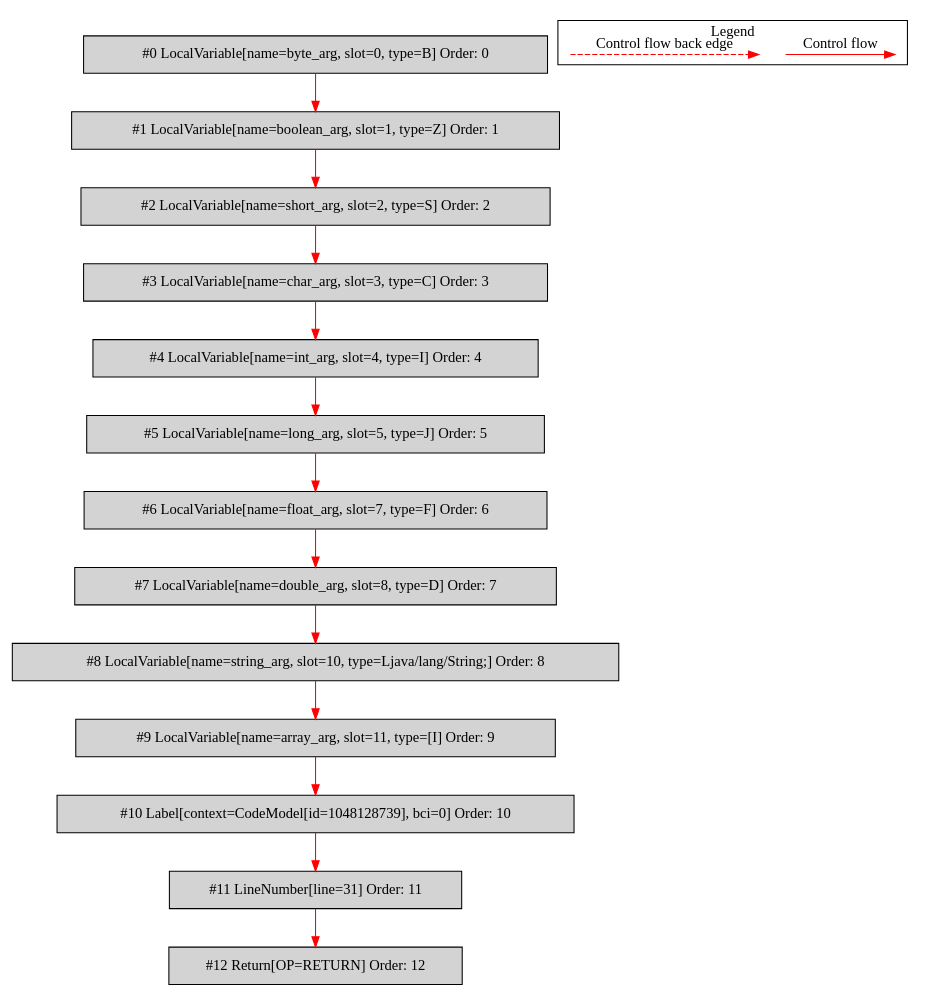
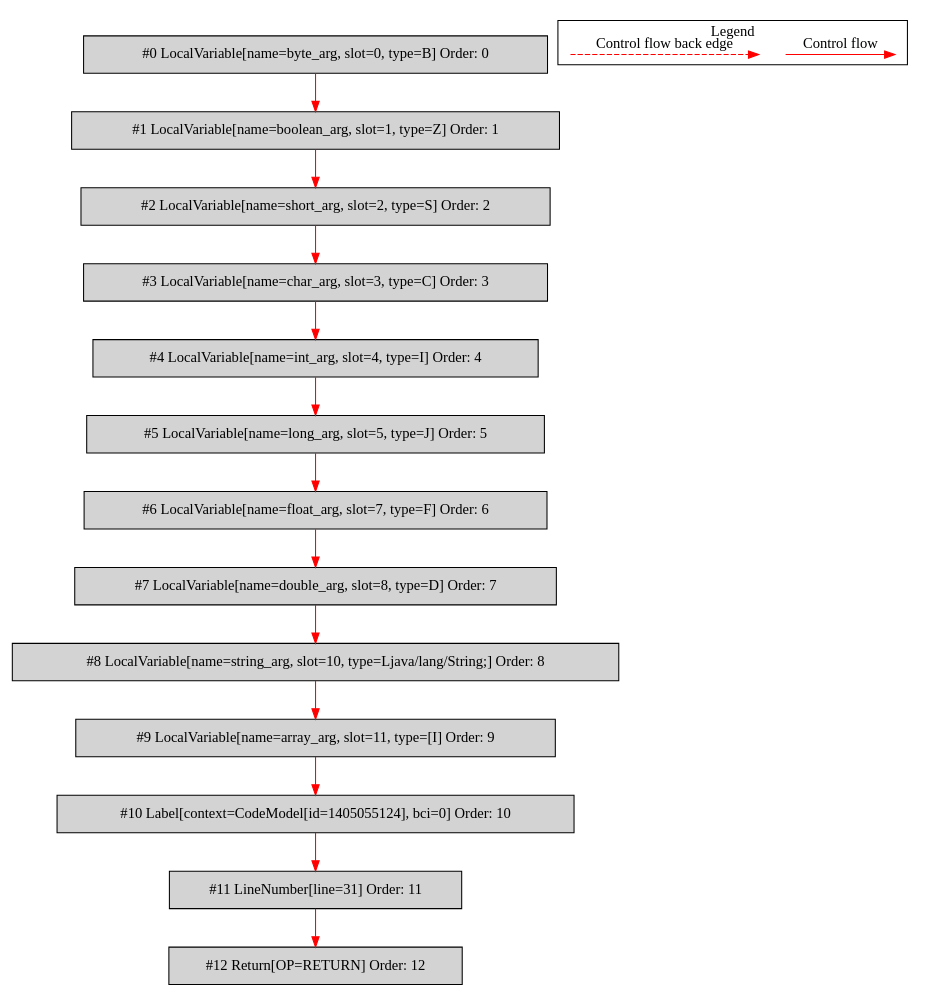
Before and after one commit to mirkosertic/MetaIR: the diagram in de.mirkosertic.metair.ir.examples.MethodInvokeTest/simple_method/bytecodecfg.dot, drawn with Graphviz. The commit also changed 462 other files, not shown here.

```diff
--- a/de.mirkosertic.metair.ir.examples.MethodInvokeTest/simple_method/bytecodecfg.dot
+++ b/de.mirkosertic.metair.ir.examples.MethodInvokeTest/simple_method/bytecodecfg.dot
@@ -1,42 +1,42 @@
 digraph {
  ordering="in";
  node0[label="#0 LocalVariable[name=byte_arg, slot=0, type=B] Order: 0", shape=box, fillcolor=lightgrey, style=filled];
  node1[label="#1 LocalVariable[name=boolean_arg, slot=1, type=Z] Order: 1", shape=box, fillcolor=lightgrey, style=filled];
  node2[label="#2 LocalVariable[name=short_arg, slot=2, type=S] Order: 2", shape=box, fillcolor=lightgrey, style=filled];
  node3[label="#3 LocalVariable[name=char_arg, slot=3, type=C] Order: 3", shape=box, fillcolor=lightgrey, style=filled];
  node4[label="#4 LocalVariable[name=int_arg, slot=4, type=I] Order: 4", shape=box, fillcolor=lightgrey, style=filled];
  node5[label="#5 LocalVariable[name=long_arg, slot=5, type=J] Order: 5", shape=box, fillcolor=lightgrey, style=filled];
  node6[label="#6 LocalVariable[name=float_arg, slot=7, type=F] Order: 6", shape=box, fillcolor=lightgrey, style=filled];
  node7[label="#7 LocalVariable[name=double_arg, slot=8, type=D] Order: 7", shape=box, fillcolor=lightgrey, style=filled];
  node8[label="#8 LocalVariable[name=string_arg, slot=10, type=Ljava/lang/String;] Order: 8", shape=box, fillcolor=lightgrey, style=filled];
  node9[label="#9 LocalVariable[name=array_arg, slot=11, type=[I] Order: 9", shape=box, fillcolor=lightgrey, style=filled];
- node10[label="#10 Label[context=CodeModel[id=1048128739], bci=0] Order: 10", shape=box, fillcolor=lightgrey, style=filled];
+ node10[label="#10 Label[context=CodeModel[id=1405055124], bci=0] Order: 10", shape=box, fillcolor=lightgrey, style=filled];
  node11[label="#11 LineNumber[line=31] Order: 11", shape=box, fillcolor=lightgrey, style=filled];
  node12[label="#12 Return[OP=RETURN] Order: 12", shape=box, fillcolor=lightgrey, style=filled];
  node0 -> node1[color=red];
  node1 -> node2[color=red];
  node2 -> node3[color=red];
  node3 -> node4[color=red];
  node4 -> node5[color=red];
  node5 -> node6[color=red];
  node6 -> node7[color=red];
  node7 -> node8[color=red];
  node8 -> node9[color=red];
  node9 -> node10[color=red];
  node10 -> node11[color=red];
  node11 -> node12[color=red];
  subgraph cluster_000 {
   label = "Legend";
   node [shape=point]
   {
    rank=same;
    c0 [style = invis];
    c1 [style = invis];
    c2 [style = invis];
    c3 [style = invis];
   }
   c0 -> c1 [label="Control flow", style=solid, color=red]
   c2 -> c3 [label="Control flow back edge", style=dashed, color=red]
  }
 
 }
```
